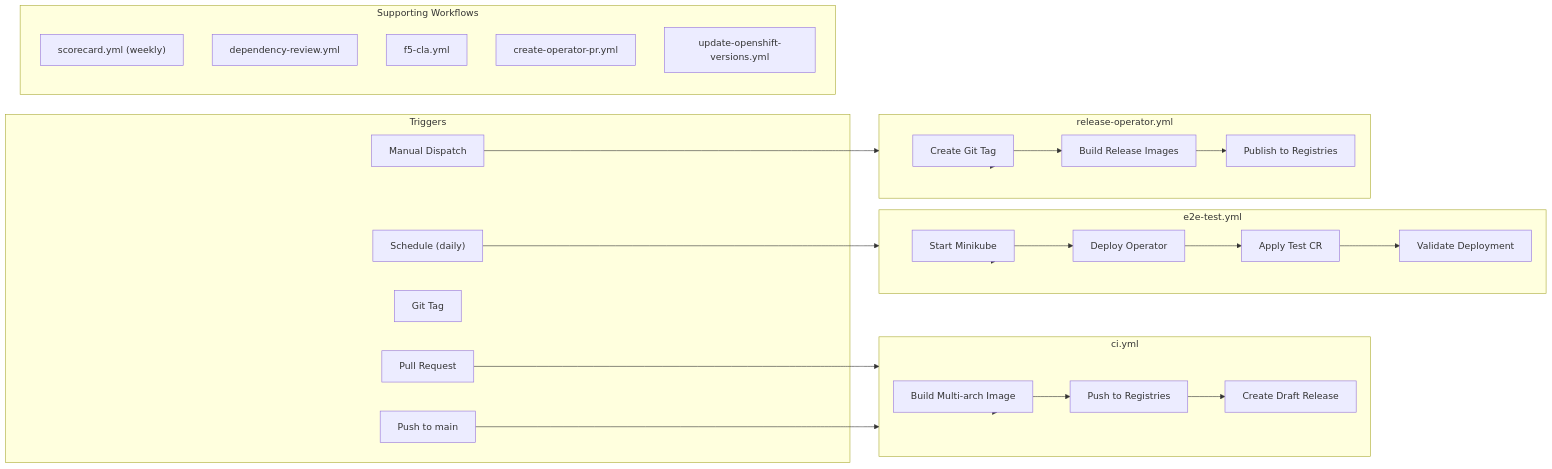
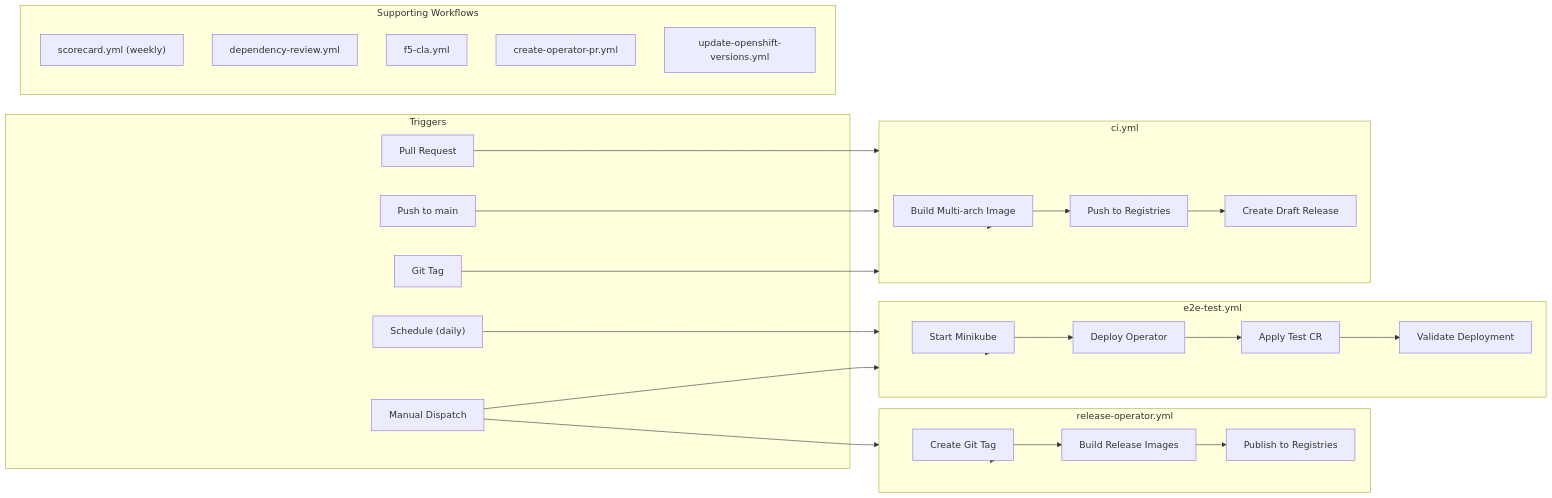
Before and after one commit to nginx/nginx-ingress-helm-operator: the diagram in .github/skills/nic-operator-ci-release/SKILL.md, drawn with Mermaid. The commit also changed other lines of this file and 3 other files, not shown here.

````diff
--- a/.github/skills/nic-operator-ci-release/SKILL.md
+++ b/.github/skills/nic-operator-ci-release/SKILL.md
@@ -10,45 +10,47 @@
 ```mermaid
 flowchart LR
     subgraph Triggers
         PR["Pull Request"]
         PUSH["Push to main"]
         TAG["Git Tag"]
         SCHED["Schedule (daily)"]
         MANUAL["Manual Dispatch"]
     end
 
     subgraph CI["ci.yml"]
         BUILD["Build Multi-arch Image"]
         PUSH_IMG["Push to Registries"]
         DRAFT["Create Draft Release"]
     end
 
     subgraph E2E["e2e-test.yml"]
         MINIKUBE["Start Minikube"]
         DEPLOY_OP["Deploy Operator"]
         TEST_CR["Apply Test CR"]
         VALIDATE["Validate Deployment"]
     end
 
     subgraph Release["release-operator.yml"]
         TAG_CREATE["Create Git Tag"]
         REL_BUILD["Build Release Images"]
         PUBLISH["Publish to Registries"]
     end
 
     subgraph Support["Supporting Workflows"]
         SCORE["scorecard.yml (weekly)"]
         DEPREV["dependency-review.yml"]
         CLA["f5-cla.yml"]
         SYNC["create-operator-pr.yml"]
         OPENSHIFT["update-openshift-versions.yml"]
     end
 
     PR --> CI
     PUSH --> CI
+    TAG --> CI
     CI --> BUILD --> PUSH_IMG --> DRAFT
     SCHED --> E2E
+    MANUAL --> E2E
     E2E --> MINIKUBE --> DEPLOY_OP --> TEST_CR --> VALIDATE
     MANUAL --> Release
     Release --> TAG_CREATE --> REL_BUILD --> PUBLISH
 ```
````
